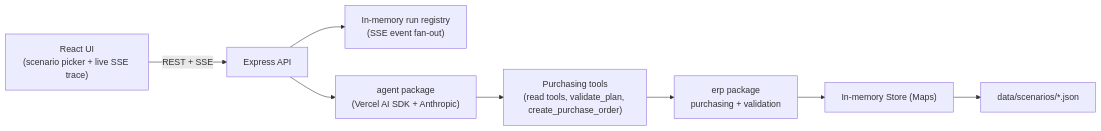
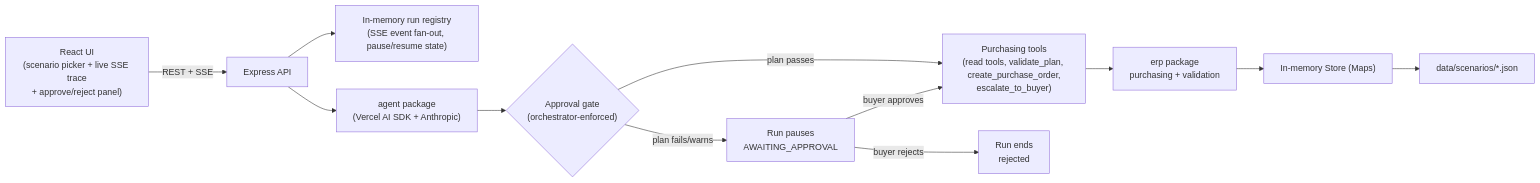
The diagram in README.md (Harshit-RV/rappi-agent-assignment), drawn with Mermaid before and after one commit. The commit also changed other lines of this file and 19 other files, not shown here.

First line of the commit message:
feat [major]: enforce an orchestrator-owned approval gate and add S2

````diff
--- a/README.md
+++ b/README.md
@@ -48,10 +55,14 @@
 ```mermaid
 flowchart LR
-    UI["React UI\n(scenario picker + live SSE trace)"] -->|"REST + SSE"| API["Express API"]
-    API --> Registry["In-memory run registry\n(SSE event fan-out)"]
+    UI["React UI\n(scenario picker + live SSE trace\n+ approve/reject panel)"] -->|"REST + SSE"| API["Express API"]
+    API --> Registry["In-memory run registry\n(SSE event fan-out, pause/resume state)"]
     API --> AgentPkg["agent package\n(Vercel AI SDK + Anthropic)"]
-    AgentPkg --> Tools["Purchasing tools\n(read tools, validate_plan, create_purchase_order)"]
+    AgentPkg --> Gate{"Approval gate\n(orchestrator-enforced)"}
+    Gate -->|"plan passes"| Tools["Purchasing tools\n(read tools, validate_plan, create_purchase_order,\nescalate_to_buyer)"]
+    Gate -->|"plan fails/warns"| Pause["Run pauses\nAWAITING_APPROVAL"]
+    Pause -->|"buyer approves"| Tools
+    Pause -->|"buyer rejects"| Rejected["Run ends\nrejected"]
     Tools --> Svc["erp package\npurchasing + validation"]
     Svc --> Store["In-memory Store (Maps)"]
     Store --> Seed["data/scenarios/*.json"]
 ```
````
